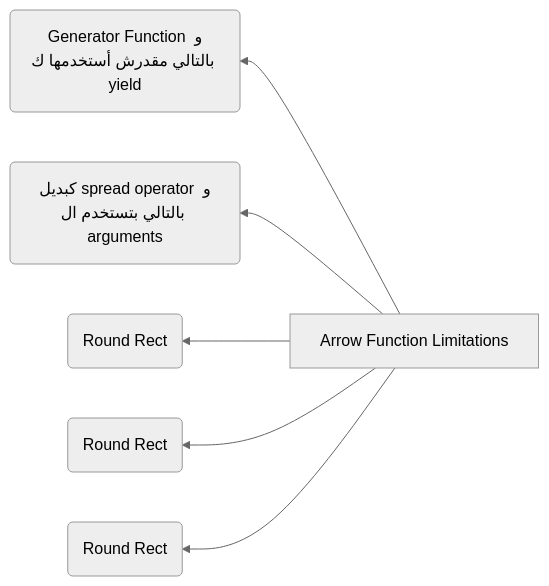
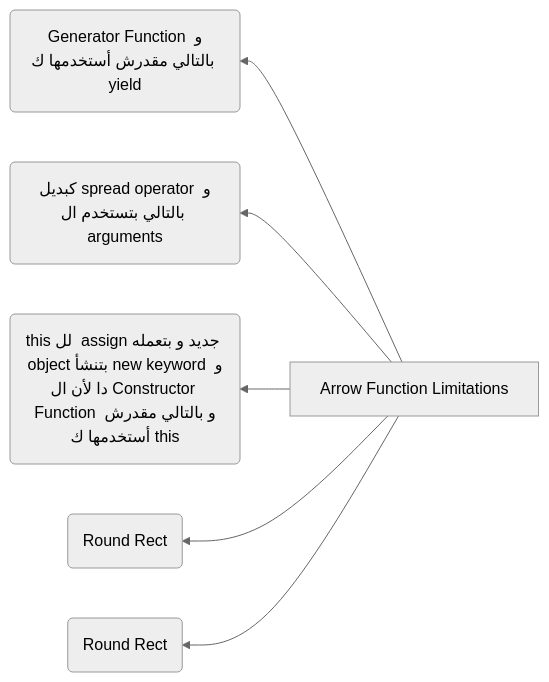
The third of 3 diagrams in javascript/syntactic sugar مجرد Arrow function هل ال.md (Ak-ram/Frontend-Interview-Questions), drawn with Mermaid (neutral theme) before and after one commit.

Commit message:
Update syntactic sugar مجرد Arrow function هل ال.md

````diff
--- a/javascript/syntactic sugar مجرد Arrow function هل ال.md
+++ b/javascript/syntactic sugar مجرد Arrow function هل ال.md
@@ -225,10 +225,10 @@
 ```mermaid
   graph RL
     A["Arrow Function Limitations"]
     A --> C(Generator Function و بالتالي مقدرش أستخدمها ك yield )
     A --> D(كبديل spread operator و بالتالي بتستخدم ال arguments)
-    A --> E(Round Rect)
+    A --> E(this لل  assign جديد و بتعمله object بتنشأ new keyword و دا لأن ال Constructor Function و بالتالي مقدرش أستخدمها ك this)
     A --> F(Round Rect)
     A --> G(Round Rect)
 
 ```
````
